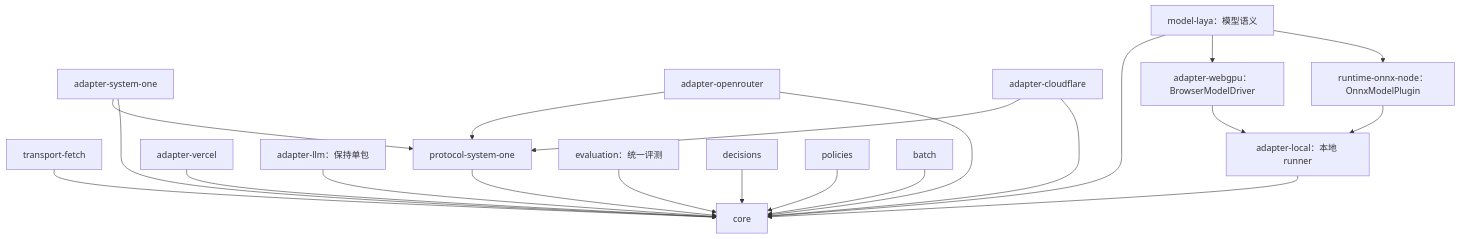
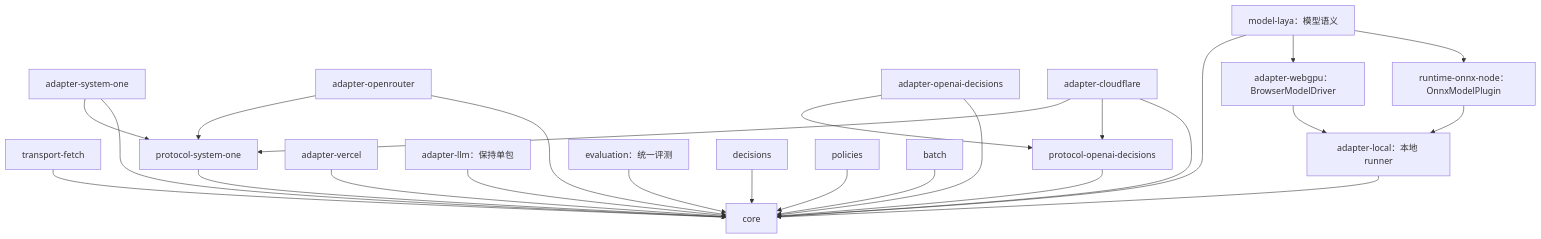
The diagram in docs/architecture-plan.zh-CN.md (ziyu/system-one-sdk), drawn with Mermaid before and after one commit. The commit also changed other lines of this file and 35 other files, not shown here.

Commit message:
feat: add OpenAI Decisions protocol and adapter

````diff
--- a/docs/architecture-plan.zh-CN.md
+++ b/docs/architecture-plan.zh-CN.md
@@ -28,23 +30,27 @@
 ```mermaid
 graph TD
   Fetch["transport-fetch"] --> Core["core"]
   Native["adapter-system-one"] --> Protocol["protocol-system-one"]
   Native --> Core
   OR["adapter-openrouter"] --> Protocol
   OR --> Core
+  AOD["adapter-openai-decisions"] --> ProtocolOD["protocol-openai-decisions"]
+  AOD --> Core
+  ProtocolOD --> Core
   CF["adapter-cloudflare"] --> Protocol
+  CF --> ProtocolOD
   CF --> Core
   Protocol --> Core
   Vercel["adapter-vercel"] --> Core
   LLM["adapter-llm：保持单包"] --> Core
   Local["adapter-local：本地 runner"] --> Core
   WebGPU["adapter-webgpu：BrowserModelDriver"] --> Local
   OnnxNode["runtime-onnx-node：OnnxModelPlugin"] --> Local
   LayaModel["model-laya：模型语义"] --> Core
   LayaModel --> WebGPU
   LayaModel --> OnnxNode
   Evaluation["evaluation：统一评测"] --> Core
   Decisions["decisions"] --> Core
   Policies["policies"] --> Core
   Batch["batch"] --> Core
 ```
````
